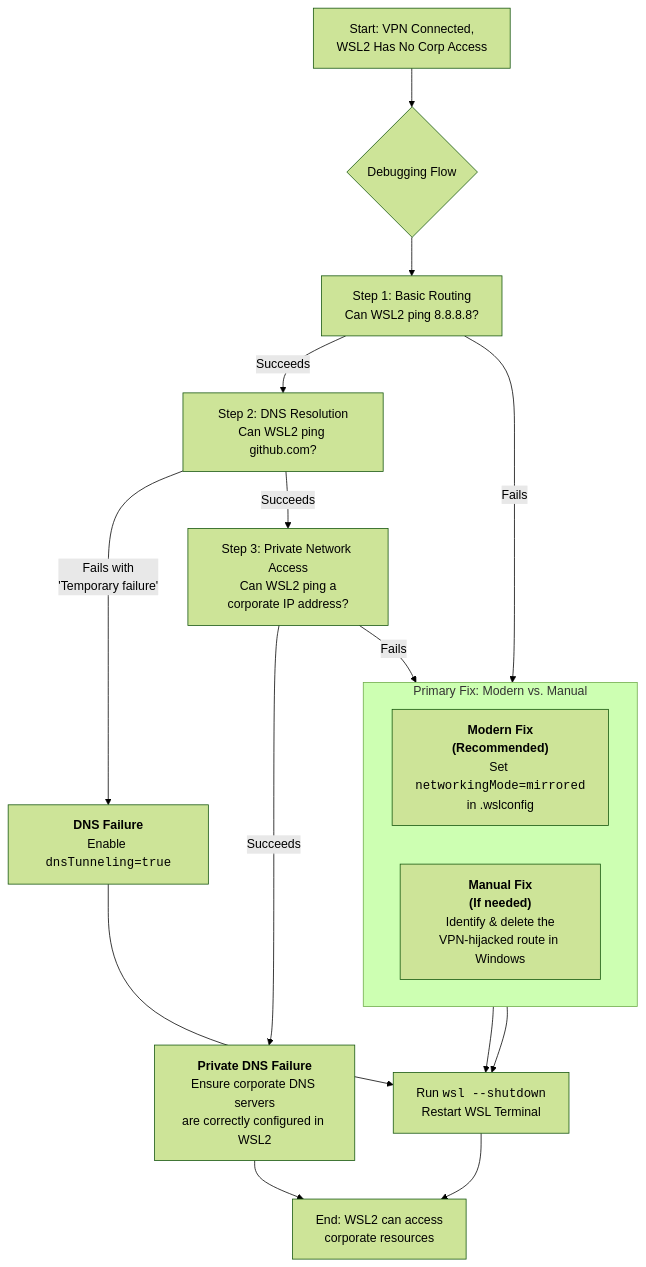
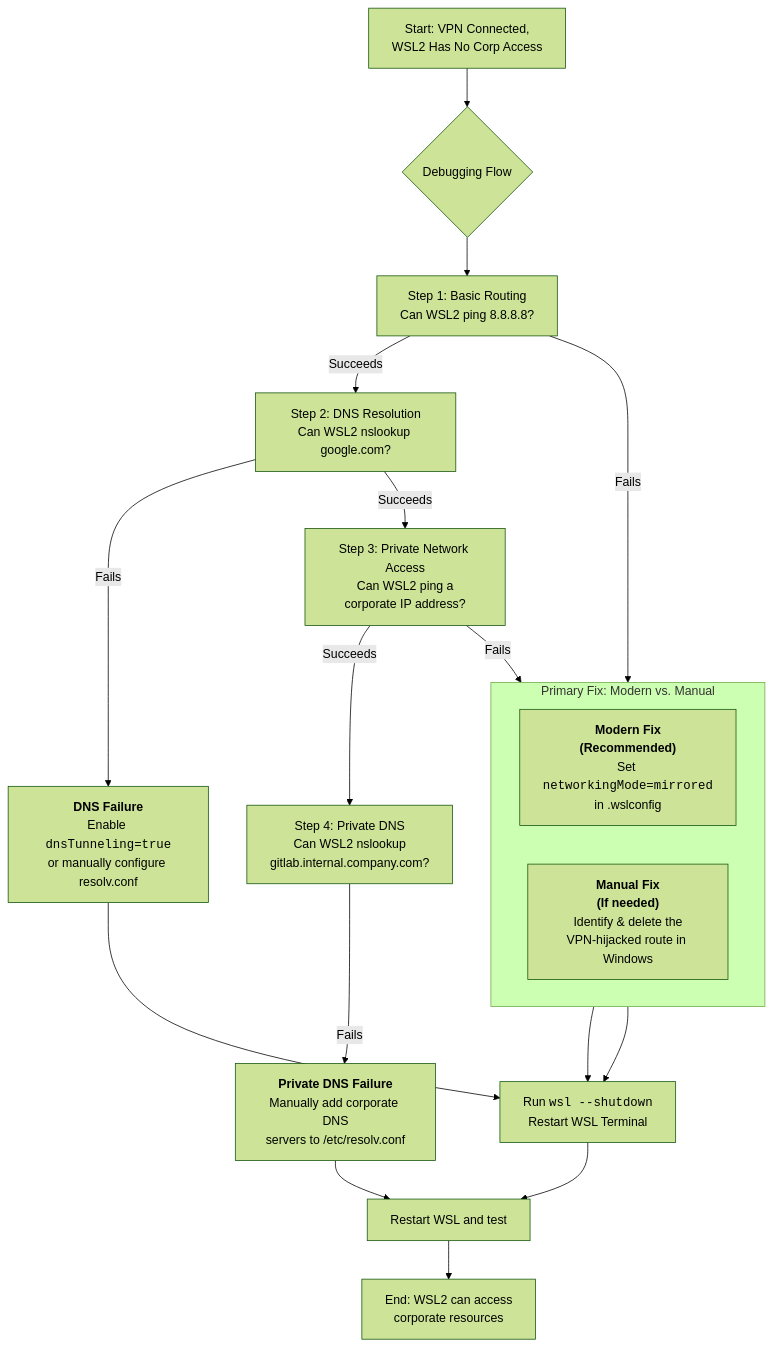
The diagram in src/data/blogs/posts/tech/wsl2-openvpn-corporate-access-fix.md (htghuzaifa2/huzi.pk-web-v2), drawn with Mermaid (forest theme) before and after one commit. The commit also changed other lines of this file and 488 other files, not shown here.

````diff
--- a/src/data/blogs/posts/tech/wsl2-openvpn-corporate-access-fix.md
+++ b/src/data/blogs/posts/tech/wsl2-openvpn-corporate-access-fix.md
@@ -49,26 +245,29 @@
 ```mermaid
 flowchart TD
     A[Start: VPN Connected,<br>WSL2 Has No Corp Access] --> B{Debugging Flow};
 
     B --> C1["Step 1: Basic Routing<br>Can WSL2 ping 8.8.8.8?"];
     C1 -->|Fails| D[<b>Core Routing Failure</b><br>Apply <i>Primary Fix</i>];
-    C1 -->|Succeeds| C2["Step 2: DNS Resolution<br>Can WSL2 ping github.com?"];
+    C1 -->|Succeeds| C2["Step 2: DNS Resolution<br>Can WSL2 nslookup google.com?"];
 
-    C2 -->|Fails with<br>'Temporary failure'| E[<b>DNS Failure</b><br>Enable <code>dnsTunneling=true</code>];
+    C2 -->|Fails| E[<b>DNS Failure</b><br>Enable <code>dnsTunneling=true</code><br>or manually configure resolv.conf];
     C2 -->|Succeeds| C3["Step 3: Private Network Access<br>Can WSL2 ping a<br>corporate IP address?"];
 
     C3 -->|Fails| D;
-    C3 -->|Succeeds| F[<b>Private DNS Failure</b><br>Ensure corporate DNS servers<br>are correctly configured in WSL2];
+    C3 -->|Succeeds| C4["Step 4: Private DNS<br>Can WSL2 nslookup<br>gitlab.internal.company.com?"];
+
+    C4 -->|Fails| F[<b>Private DNS Failure</b><br>Manually add corporate DNS<br>servers to /etc/resolv.conf];
 
     subgraph D [Primary Fix: Modern vs. Manual]
         direction LR
         D1["<b>Modern Fix<br>(Recommended)</b><br>Set <code>networkingMode=mirrored</code><br>in .wslconfig"]
         D2["<b>Manual Fix<br>(If needed)</b><br>Identify & delete the<br>VPN-hijacked route in Windows"]
     end
 
     D1 --> G[Run <code>wsl --shutdown</code><br>Restart WSL Terminal];
     D2 --> G;
     E --> G;
-    F --> H[End: WSL2 can access<br>corporate resources];
+    F --> H[Restart WSL and test];
     G --> H;
+    H --> I[End: WSL2 can access<br>corporate resources];
 ```
````
